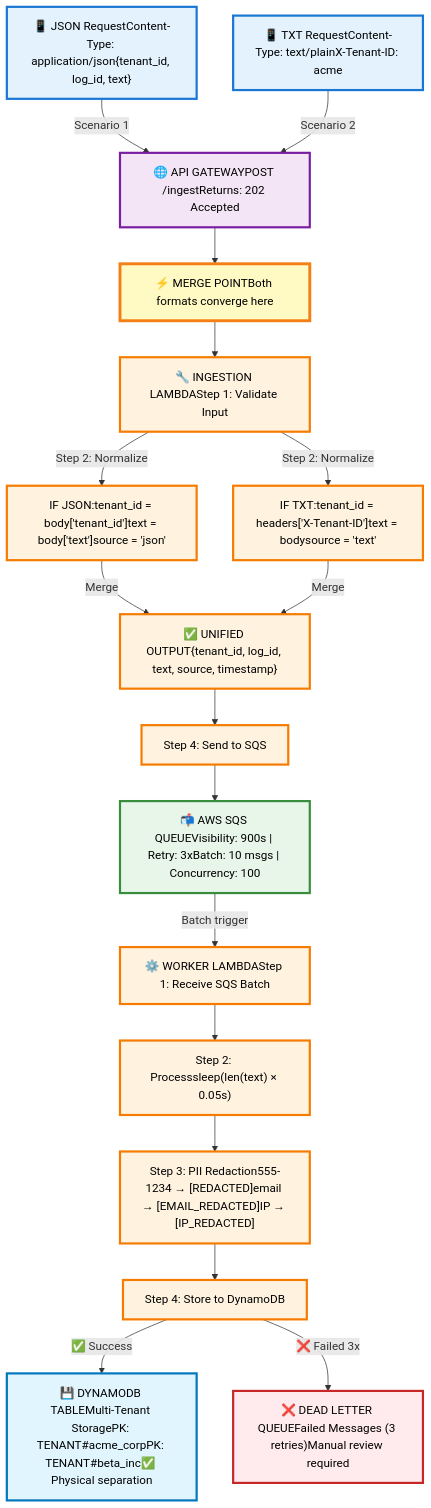
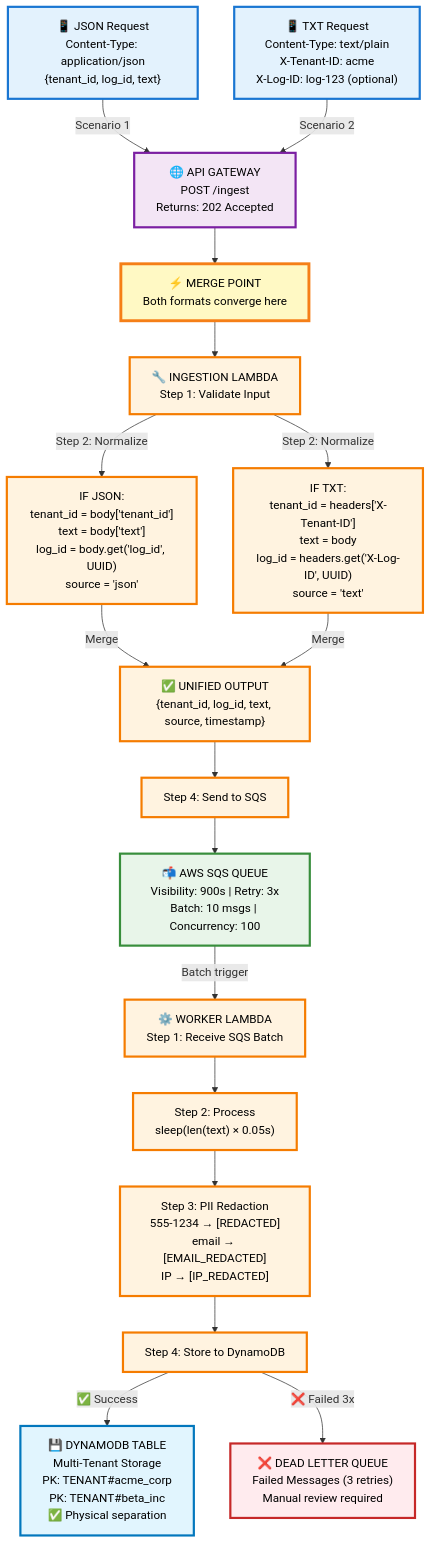
The diagram in README.md (Yadi-Zhao/log-processor-backend), drawn with Mermaid before and after one commit. The commit also changed other lines of this file, not shown here.

Commit message:
docs: add Mermaid architecture diagram with JSON/TXT merge visualization
- Replace ASCII diagram with interactive Mermaid flowchart
- Clearly show how JSON and TXT paths converge in Ingestion Lambda
- Add X-Log-ID header documentation for TXT format (optional parameter)
- Include detailed merge logic code implementation
- Highlight tenant isolation strategy with partition keys
- Add visual styling for better component differentiation

````diff
--- a/README.md
+++ b/README.md
@@ -42,74 +42,74 @@
 ```mermaid
 graph TB
     %% Define styles
     classDef clientStyle fill:#E3F2FD,stroke:#1976D2,stroke-width:3px,color:#000
     classDef apiStyle fill:#F3E5F5,stroke:#7B1FA2,stroke-width:3px,color:#000
     classDef lambdaStyle fill:#FFF3E0,stroke:#F57C00,stroke-width:3px,color:#000
     classDef queueStyle fill:#E8F5E9,stroke:#388E3C,stroke-width:3px,color:#000
     classDef storageStyle fill:#E1F5FE,stroke:#0277BD,stroke-width:3px,color:#000
     classDef dlqStyle fill:#FFEBEE,stroke:#C62828,stroke-width:3px,color:#000
     classDef mergeStyle fill:#FFF9C4,stroke:#F57F17,stroke-width:4px,color:#000
 
     %% Client Layer
-    JSON["📱 JSON RequestContent-Type: application/json{tenant_id, log_id, text}"]
-    TXT["📱 TXT RequestContent-Type: text/plainX-Tenant-ID: acme"]
+    JSON["📱 JSON Request<br/>Content-Type: application/json<br/>{tenant_id, log_id, text}"]
+    TXT["📱 TXT Request<br/>Content-Type: text/plain<br/>X-Tenant-ID: acme<br/>X-Log-ID: log-123 (optional)"]
 
     %% API Gateway
-    API["🌐 API GATEWAYPOST /ingestReturns: 202 Accepted"]
+    API["🌐 API GATEWAY<br/>POST /ingest<br/>Returns: 202 Accepted"]
 
     %% Merge Point
-    MERGE["⚡ MERGE POINTBoth formats converge here"]
+    MERGE["⚡ MERGE POINT<br/>Both formats converge here"]
 
     %% Ingestion Lambda steps
-    VALIDATE["🔧 INGESTION LAMBDAStep 1: Validate Input"]
+    VALIDATE["🔧 INGESTION LAMBDA<br/>Step 1: Validate Input"]
     
-    JSON_NORM["IF JSON:tenant_id = body['tenant_id']text = body['text']source = 'json'"]
+    JSON_NORM["IF JSON:<br/>tenant_id = body['tenant_id']<br/>text = body['text']<br/>log_id = body.get('log_id', UUID)<br/>source = 'json'"]
     
-    TXT_NORM["IF TXT:tenant_id = headers['X-Tenant-ID']text = bodysource = 'text'"]
+    TXT_NORM["IF TXT:<br/>tenant_id = headers['X-Tenant-ID']<br/>text = body<br/>log_id = headers.get('X-Log-ID', UUID)<br/>source = 'text'"]
     
-    UNIFIED["✅ UNIFIED OUTPUT{tenant_id, log_id, text, source, timestamp}"]
+    UNIFIED["✅ UNIFIED OUTPUT<br/>{tenant_id, log_id, text, source, timestamp}"]
     
     SEND["Step 4: Send to SQS"]
 
     %% SQS Queue
-    SQS["📬 AWS SQS QUEUEVisibility: 900s | Retry: 3xBatch: 10 msgs | Concurrency: 100"]
+    SQS["📬 AWS SQS QUEUE<br/>Visibility: 900s | Retry: 3x<br/>Batch: 10 msgs | Concurrency: 100"]
 
     %% Worker Lambda
-    W1["⚙️ WORKER LAMBDAStep 1: Receive SQS Batch"]
-    W2["Step 2: Processsleep(len(text) × 0.05s)"]
-    W3["Step 3: PII Redaction555-1234 → [REDACTED]email → [EMAIL_REDACTED]IP → [IP_REDACTED]"]
+    W1["⚙️ WORKER LAMBDA<br/>Step 1: Receive SQS Batch"]
+    W2["Step 2: Process<br/>sleep(len(text) × 0.05s)"]
+    W3["Step 3: PII Redaction<br/>555-1234 → [REDACTED]<br/>email → [EMAIL_REDACTED]<br/>IP → [IP_REDACTED]"]
     W4["Step 4: Store to DynamoDB"]
 
     %% Storage
-    DB["💾 DYNAMODB TABLEMulti-Tenant StoragePK: TENANT#acme_corpPK: TENANT#beta_inc✅ Physical separation"]
+    DB["💾 DYNAMODB TABLE<br/>Multi-Tenant Storage<br/>PK: TENANT#acme_corp<br/>PK: TENANT#beta_inc<br/>✅ Physical separation"]
     
-    DLQ["❌ DEAD LETTER QUEUEFailed Messages (3 retries)Manual review required"]
+    DLQ["❌ DEAD LETTER QUEUE<br/>Failed Messages (3 retries)<br/>Manual review required"]
 
     %% Connections
     JSON -->|Scenario 1| API
     TXT -->|Scenario 2| API
     API --> MERGE
     MERGE --> VALIDATE
     VALIDATE -->|Step 2: Normalize| JSON_NORM
     VALIDATE -->|Step 2: Normalize| TXT_NORM
     JSON_NORM -->|Merge| UNIFIED
     TXT_NORM -->|Merge| UNIFIED
     UNIFIED --> SEND
     SEND --> SQS
     SQS -->|Batch trigger| W1
     W1 --> W2
     W2 --> W3
     W3 --> W4
     W4 -->|✅ Success| DB
     W4 -->|❌ Failed 3x| DLQ
 
     %% Apply styles
     class JSON,TXT clientStyle
     class API apiStyle
     class MERGE mergeStyle
     class VALIDATE,JSON_NORM,TXT_NORM,UNIFIED,SEND lambdaStyle
     class SQS queueStyle
     class W1,W2,W3,W4 lambdaStyle
     class DB storageStyle
     class DLQ dlqStyle
 ```
````
